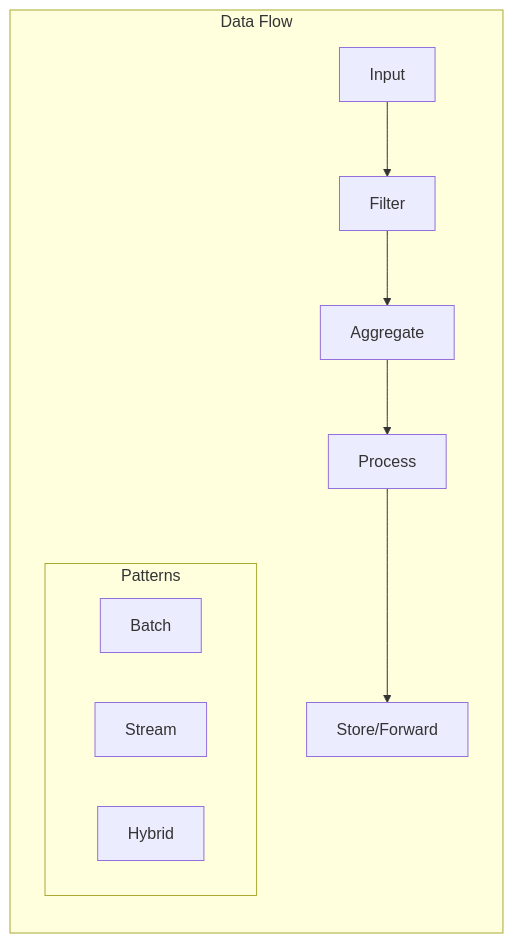
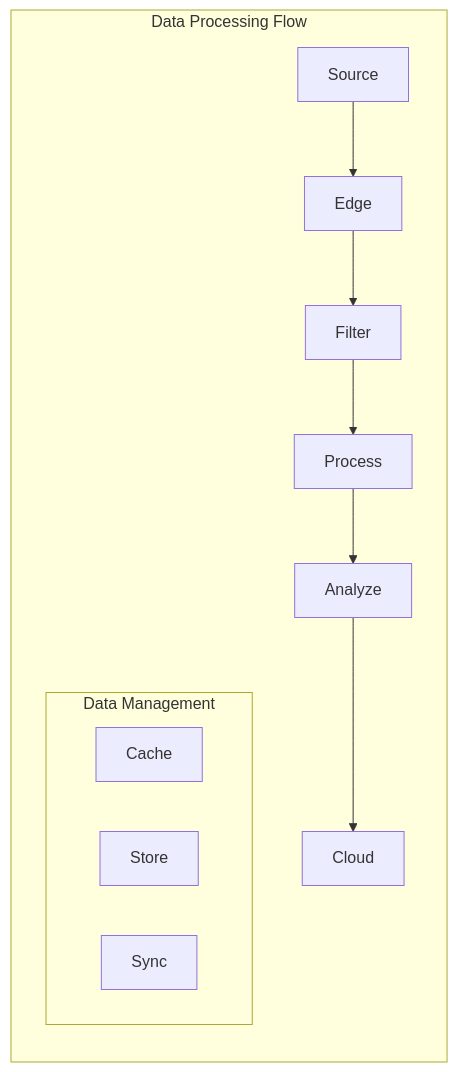
One commit to saravanakumarrc/Architecture_Journey changed the third of 3 diagrams in src/Edge_Computing_Architectures.md. Above: the diagram before and after it, drawn with Mermaid. The commit also changed other lines of this file and 6 other files, not shown here.

First line of the commit message:
Refactor observability documentation: streamline sections, enhance clarity, and update diagrams for better understanding of monitoring components and patterns.

````diff
--- a/src/Edge_Computing_Architectures.md
+++ b/src/Edge_Computing_Architectures.md
@@ -74,15 +56,16 @@
 ```mermaid
 graph LR
-    subgraph "Data Flow"
-        I[Input] --> F[Filter]
-        F --> A[Aggregate]
-        A --> P[Process]
-        P --> S[Store/Forward]
+    subgraph "Data Processing Flow"
+        S[Source] --> E[Edge]
+        E --> F[Filter]
+        F --> P[Process]
+        P --> A[Analyze]
+        A --> C[Cloud]
         
-        subgraph "Patterns"
-            B[Batch]
-            ST[Stream]
-            H[Hybrid]
+        subgraph "Data Management"
+            CA[Cache]
+            ST[Store]
+            SY[Sync]
         end
     end
 ```
````
